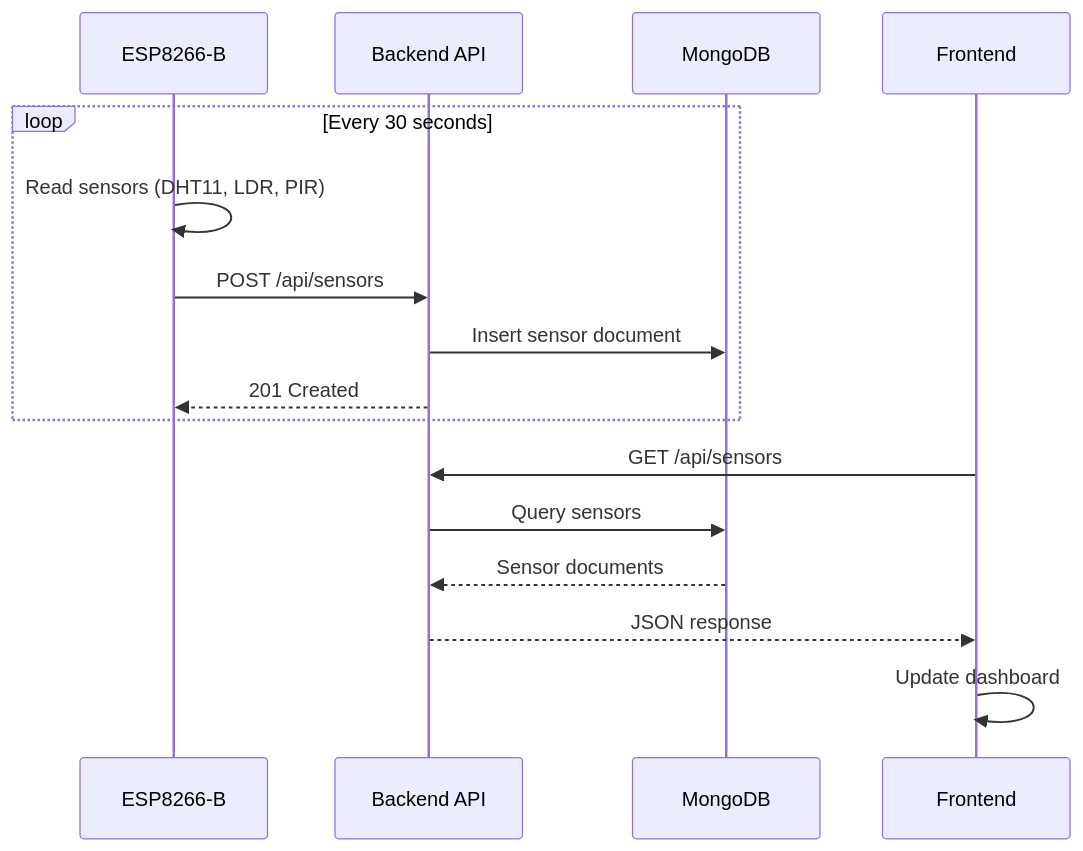
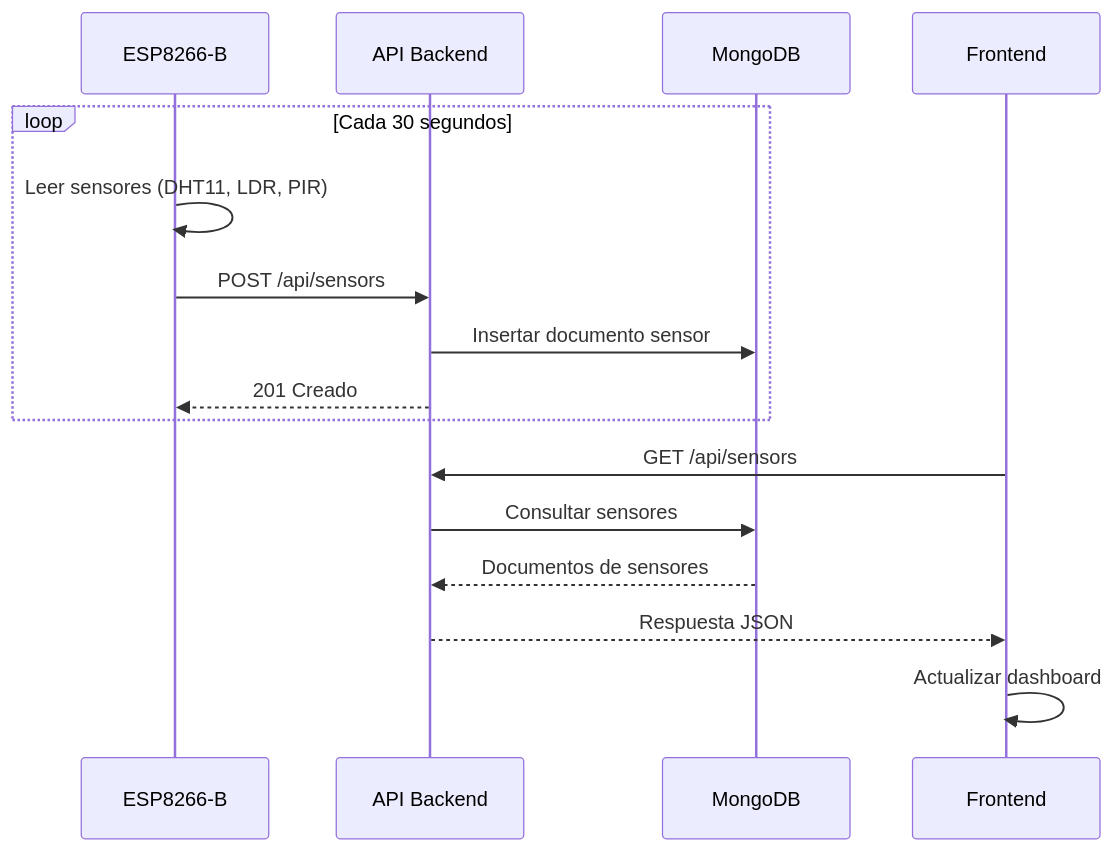
Before and after one commit to GerardoMejia1107/SmartRoom: the second of 4 diagrams in docs/ARCHITECTURE.md, drawn with Mermaid. The commit also changed other lines of this file and 6 other files, not shown here.

````diff
--- a/docs/ARCHITECTURE.md
+++ b/docs/ARCHITECTURE.md
@@ -354,20 +363,20 @@
 ```mermaid
 sequenceDiagram
     participant ESP as ESP8266-B
-    participant API as Backend API
+    participant API as API Backend
     participant DB as MongoDB
     participant FE as Frontend
 
-    loop Every 30 seconds
-        ESP->>ESP: Read sensors (DHT11, LDR, PIR)
+    loop Cada 30 segundos
+        ESP->>ESP: Leer sensores (DHT11, LDR, PIR)
         ESP->>API: POST /api/sensors
-        API->>DB: Insert sensor document
-        API-->>ESP: 201 Created
+        API->>DB: Insertar documento sensor
+        API-->>ESP: 201 Creado
     end
 
     FE->>API: GET /api/sensors
-    API->>DB: Query sensors
-    DB-->>API: Sensor documents
-    API-->>FE: JSON response
-    FE->>FE: Update dashboard
+    API->>DB: Consultar sensores
+    DB-->>API: Documentos de sensores
+    API-->>FE: Respuesta JSON
+    FE->>FE: Actualizar dashboard
 ```
````
